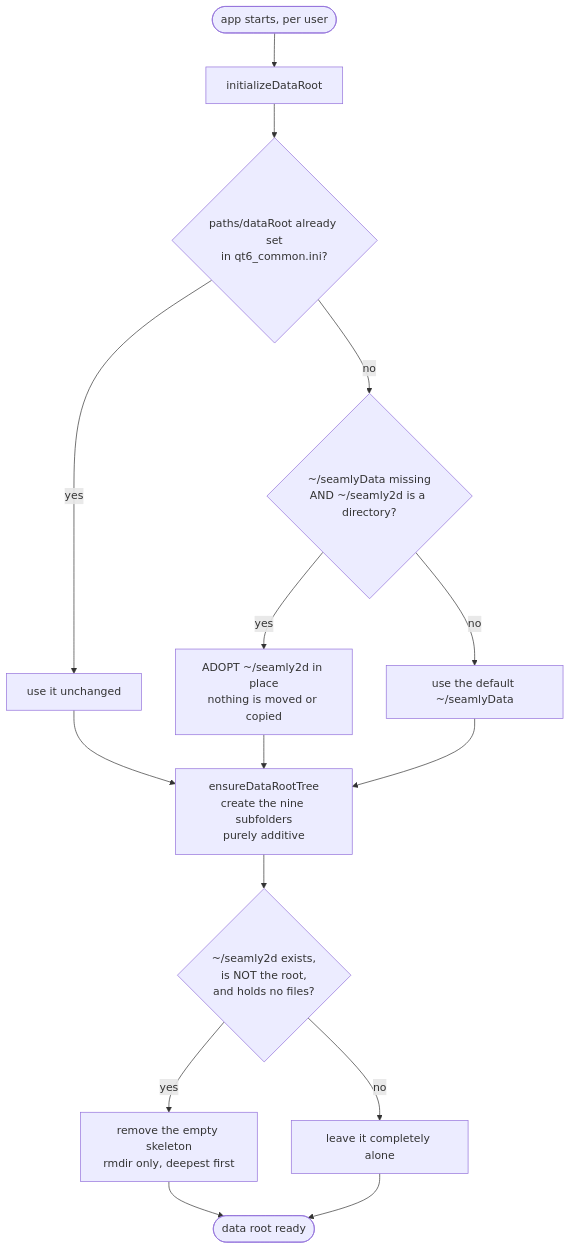
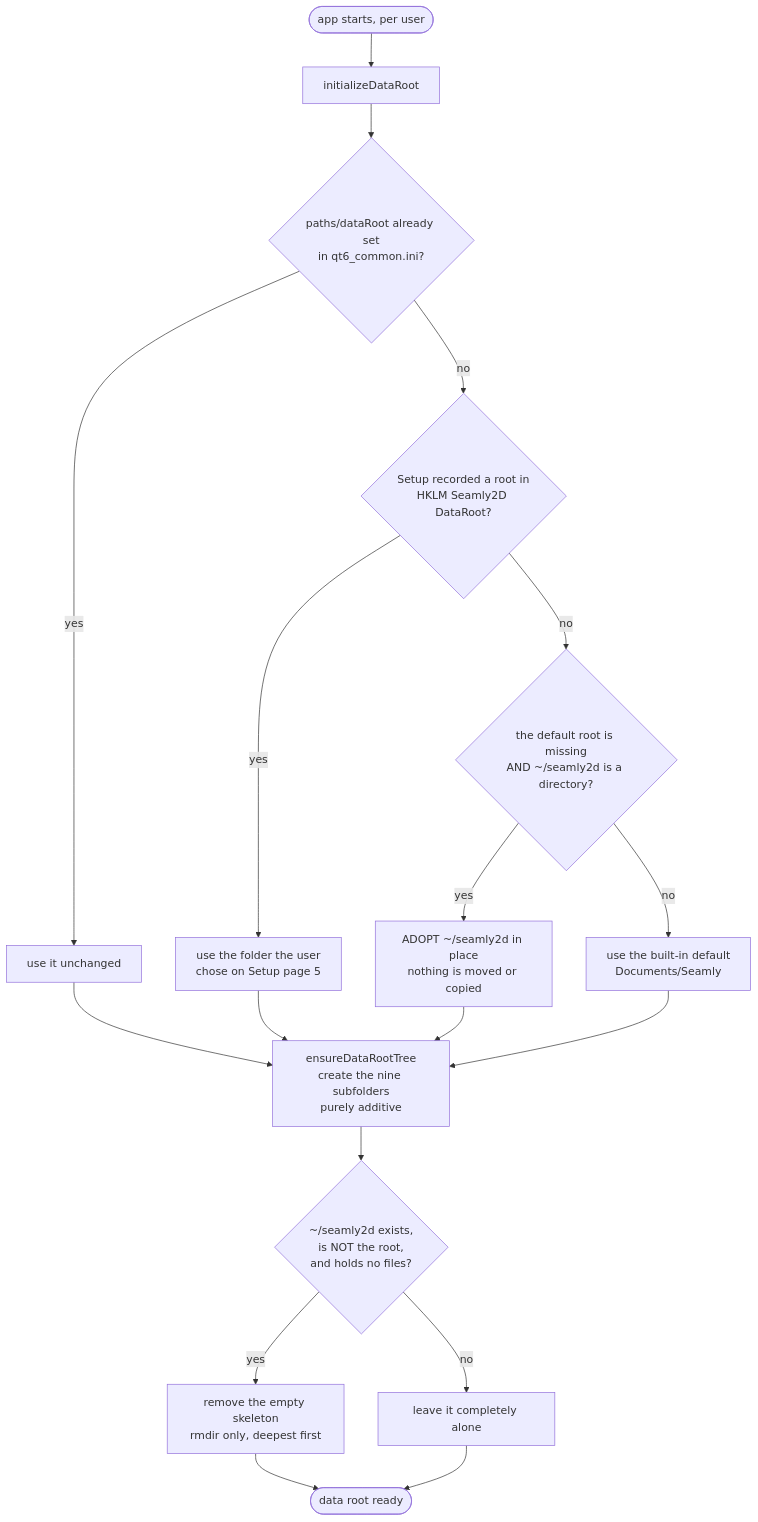
The third of 3 diagrams in scripts/packaging/windows/INSTALL_DECISION_FLOW.md (seamly/Seamly2D), drawn with Mermaid before and after one commit. The commit also changed other lines of this file and 13 other files, not shown here.

First line of the commit message:
Make the data root Setup promises the one the apps use

````diff
--- a/scripts/packaging/windows/INSTALL_DECISION_FLOW.md
+++ b/scripts/packaging/windows/INSTALL_DECISION_FLOW.md
@@ -192,22 +192,26 @@
 ```mermaid
 flowchart TD
     launch([app starts, per user]) --> init[initializeDataRoot]
     init --> cfg{"paths/dataRoot already set<br/>in qt6_common.ini?"}
     cfg -->|yes| honour[use it unchanged]
-    cfg -->|no| legacy{"~/seamlyData missing<br/>AND ~/seamly2d is a directory?"}
+    cfg -->|no| recorded{"Setup recorded a root in<br/>HKLM Seamly2D DataRoot?"}
+
+    recorded -->|yes| adoptsetup["use the folder the user<br/>chose on Setup page 5"]
+    recorded -->|no| legacy{"the default root is missing<br/>AND ~/seamly2d is a directory?"}
 
     legacy -->|yes| adopt["ADOPT ~/seamly2d in place<br/>nothing is moved or copied"]
-    legacy -->|no| default["use the default ~/seamlyData"]
+    legacy -->|no| default["use the built-in default<br/>Documents/Seamly"]
 
     honour --> seed
+    adoptsetup --> seed
     adopt --> seed
     default --> seed
 
     seed[ensureDataRootTree<br/>create the nine subfolders<br/>purely additive] --> prune
 
     prune{"~/seamly2d exists,<br/>is NOT the root,<br/>and holds no files?"}
     prune -->|yes| rm[remove the empty skeleton<br/>rmdir only, deepest first]
     prune -->|no| keep[leave it completely alone]
     rm --> ready([data root ready])
     keep --> ready
 ```
````
